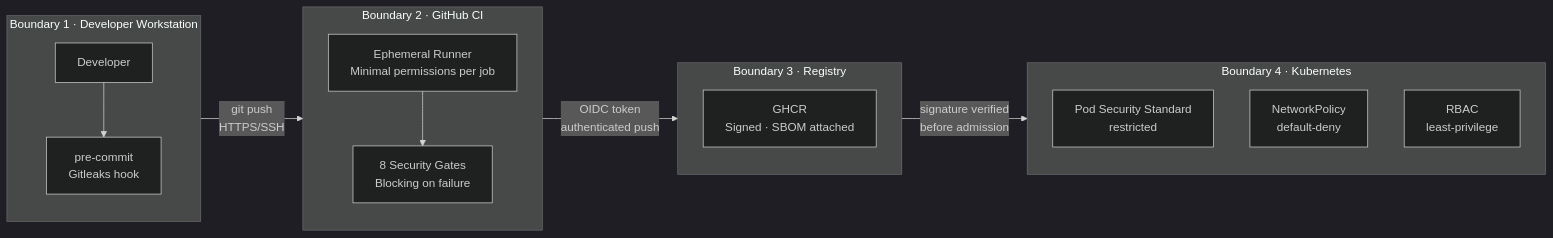
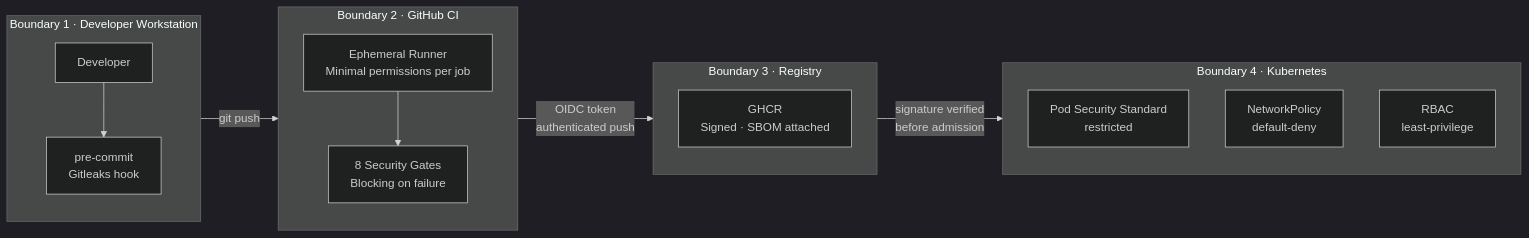
The second of 3 diagrams in README.md (Mbitajeff/application-delivery-pipeline), drawn with Mermaid (dark theme) before and after one commit. The commit also changed other lines of this file and 1 other file, not shown here.

Commit message:
docs: remove emojis from Mermaid diagrams

````diff
--- a/README.md
+++ b/README.md
@@ -61,28 +61,28 @@
 ```mermaid
 flowchart LR
     subgraph B1 ["Boundary 1 · Developer Workstation"]
         DEV["Developer"]
         PRECOMMIT["pre-commit\nGitleaks hook"]
         DEV --> PRECOMMIT
     end
 
     subgraph B2 ["Boundary 2 · GitHub CI"]
         RUNNER["Ephemeral Runner\nMinimal permissions per job"]
         GATES["8 Security Gates\nBlocking on failure"]
         RUNNER --> GATES
     end
 
     subgraph B3 ["Boundary 3 · Registry"]
         GHCR["GHCR\nSigned · SBOM attached"]
     end
 
     subgraph B4 ["Boundary 4 · Kubernetes"]
         PSS["Pod Security Standard\nrestricted"]
         NP["NetworkPolicy\ndefault-deny"]
         RBAC["RBAC\nleast-privilege"]
     end
 
-    B1 -->|"git push\nHTTPS/SSH"| B2
+    B1 -->|"git push"| B2
     B2 -->|"OIDC token\nauthenticated push"| B3
     B3 -->|"signature verified\nbefore admission"| B4
 ```
````
